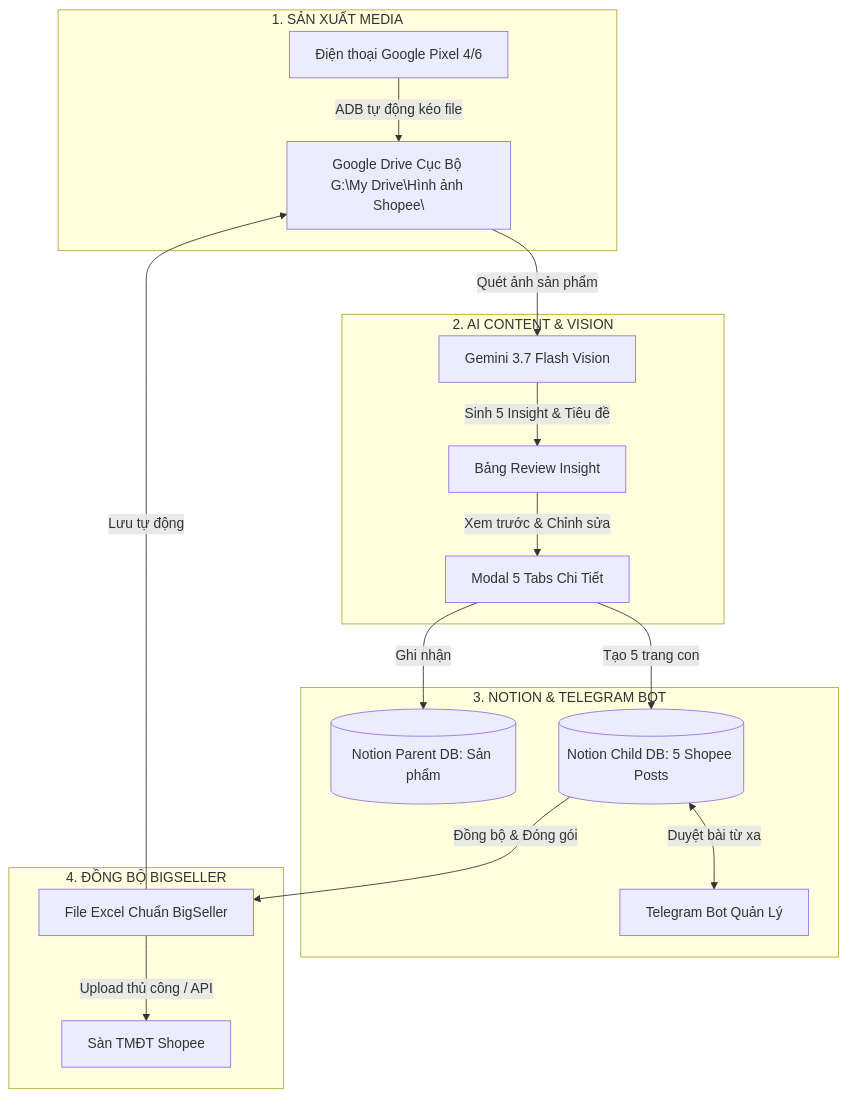
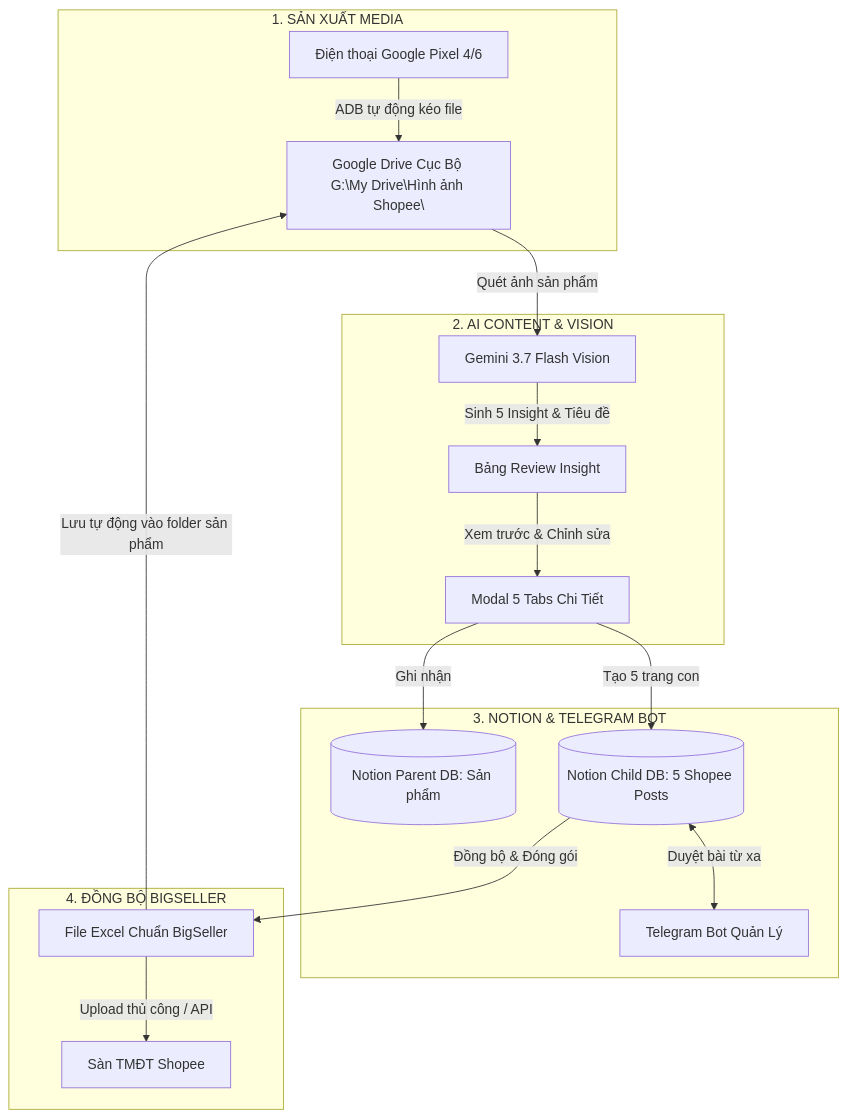
The first of 2 diagrams in handoff.md (datdtpl-maker/MCP-Shopee_Khai-Hoan), drawn with Mermaid before and after one commit. The commit also changed other lines of this file and 1 other file, not shown here.

````diff
--- a/handoff.md
+++ b/handoff.md
@@ -15,24 +15,24 @@
 ```mermaid
 graph TD
     subgraph "1. SẢN XUẤT MEDIA"
         A[Điện thoại Google Pixel 4/6] -->|ADB tự động kéo file| B[Google Drive Cục Bộ G:\My Drive\Hình ảnh Shopee\]
     end
 
     subgraph "2. AI CONTENT & VISION"
         B -->|Quét ảnh sản phẩm| C[Gemini 3.7 Flash Vision]
         C -->|Sinh 5 Insight & Tiêu đề| D[Bảng Review Insight]
         D -->|Xem trước & Chỉnh sửa| E[Modal 5 Tabs Chi Tiết]
     end
 
     subgraph "3. NOTION & TELEGRAM BOT"
         E -->|Ghi nhận| F[(Notion Parent DB: Sản phẩm)]
         E -->|Tạo 5 trang con| G[(Notion Child DB: 5 Shopee Posts)]
         G <-->|Duyệt bài từ xa| H[Telegram Bot Quản Lý]
     end
 
     subgraph "4. ĐỒNG BỘ BIGSELLER"
         G -->|Đồng bộ & Đóng gói| I[File Excel Chuẩn BigSeller]
-        I -->|Lưu tự động| B
+        I -->|Lưu tự động vào folder sản phẩm| B
         I -->|Upload thủ công / API| J[Sàn TMĐT Shopee]
     end
 ```
````
